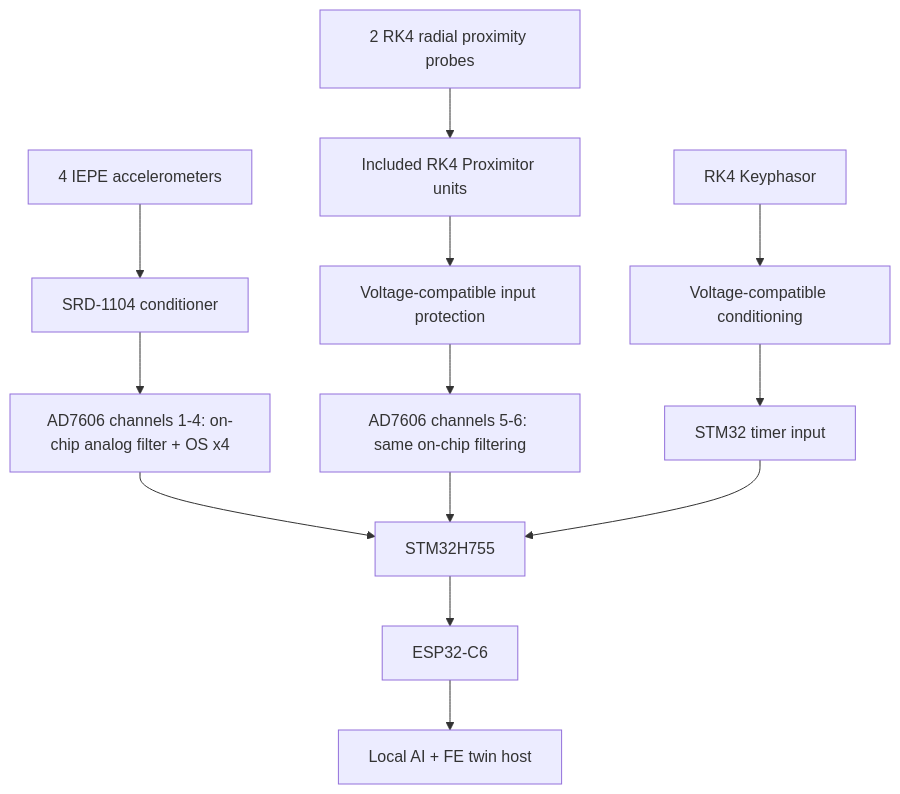
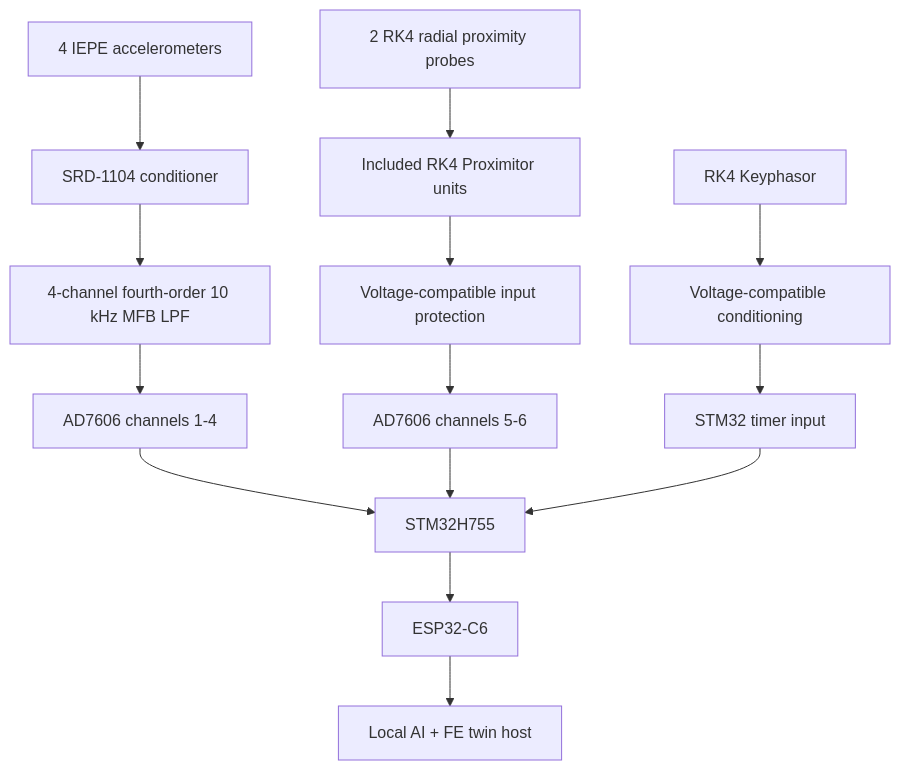
One commit to amussab/Digital-Twin-Senior-Proj changed the first of 3 diagrams in Project architecture/COE Edge Acquisition & Processing Node layer.md. Above: the diagram before and after it, drawn with Mermaid. The commit also changed other lines of this file and 3 other files, not shown here.

````diff
--- a/Project architecture/COE Edge Acquisition & Processing Node layer.md
+++ b/Project architecture/COE Edge Acquisition & Processing Node layer.md
@@ -39,17 +39,18 @@
 ```mermaid
 flowchart TD
     ACC["4 IEPE accelerometers"] --> IEPE["SRD-1104 conditioner"]
-    IEPE --> ADC["AD7606 channels 1-4: on-chip analog filter + OS x4"]
+    IEPE --> LPF["4-channel fourth-order 10 kHz MFB LPF"]
+    LPF --> ADC["AD7606 channels 1-4"]
 
     PROBES["2 RK4 radial proximity probes"] --> PROX["Included RK4 Proximitor units"]
     PROX --> PROXIN["Voltage-compatible input protection"]
-    PROXIN --> ADC2["AD7606 channels 5-6: same on-chip filtering"]
+    PROXIN --> ADC2["AD7606 channels 5-6"]
 
     KEY["RK4 Keyphasor"] --> KEYIN["Voltage-compatible conditioning"]
     KEYIN --> TIMER["STM32 timer input"]
     ADC --> STM["STM32H755"]
     ADC2 --> STM
     TIMER --> STM
     STM --> ESP["ESP32-C6"]
     ESP --> HOST["Local AI + FE twin host"]
 ```
````
